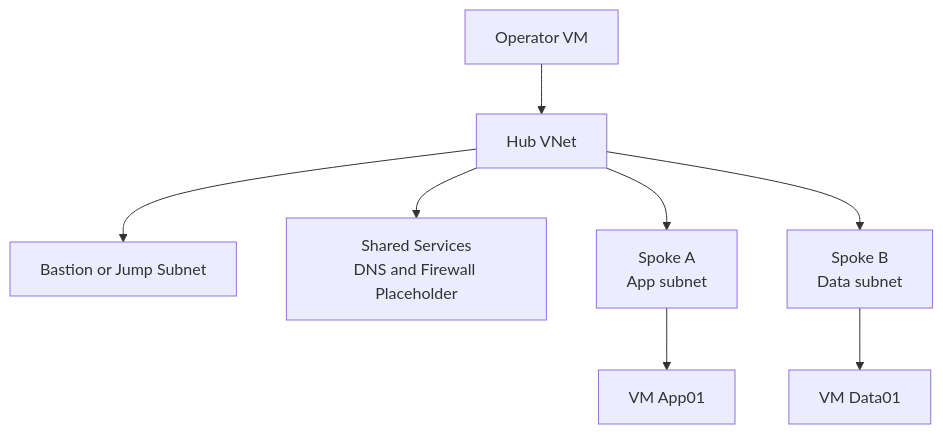
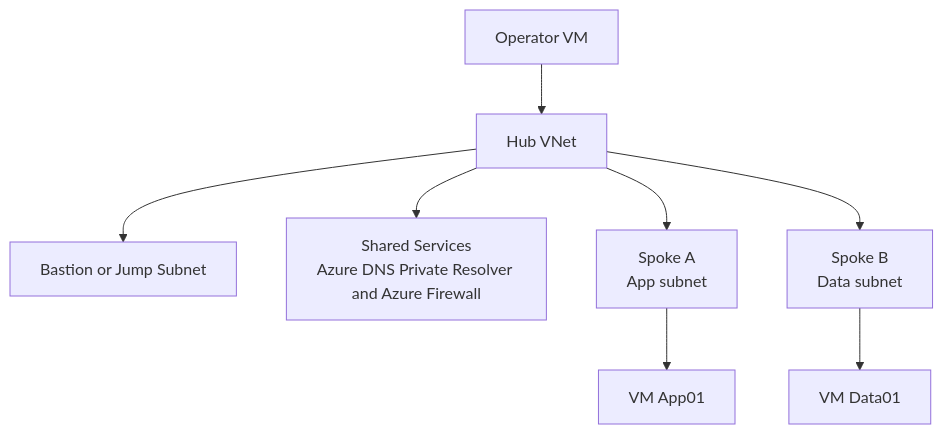
Before and after one commit to yeongseon/azure-networking-practical-guide: the diagram in docs/tutorials/lab-guides/lab-01-hub-spoke-topology.md, drawn with Mermaid. The commit also changed other lines of this file and 11 other files, not shown here.

````diff
--- a/docs/tutorials/lab-guides/lab-01-hub-spoke-topology.md
+++ b/docs/tutorials/lab-guides/lab-01-hub-spoke-topology.md
@@ -41,13 +41,13 @@
 ```mermaid
 flowchart TD
                 Admin[Operator VM] --> Hub[Hub VNet]
                 Hub --> Bastion[Bastion or Jump Subnet]
                 Hub --> Shared[Shared Services
-DNS and Firewall Placeholder]
+Azure DNS Private Resolver and Azure Firewall]
                 Hub --> SpokeA[Spoke A
 App subnet]
                 Hub --> SpokeB[Spoke B
 Data subnet]
                 SpokeA --> WorkloadA[VM App01]
                 SpokeB --> WorkloadB[VM Data01]
 ```
````
